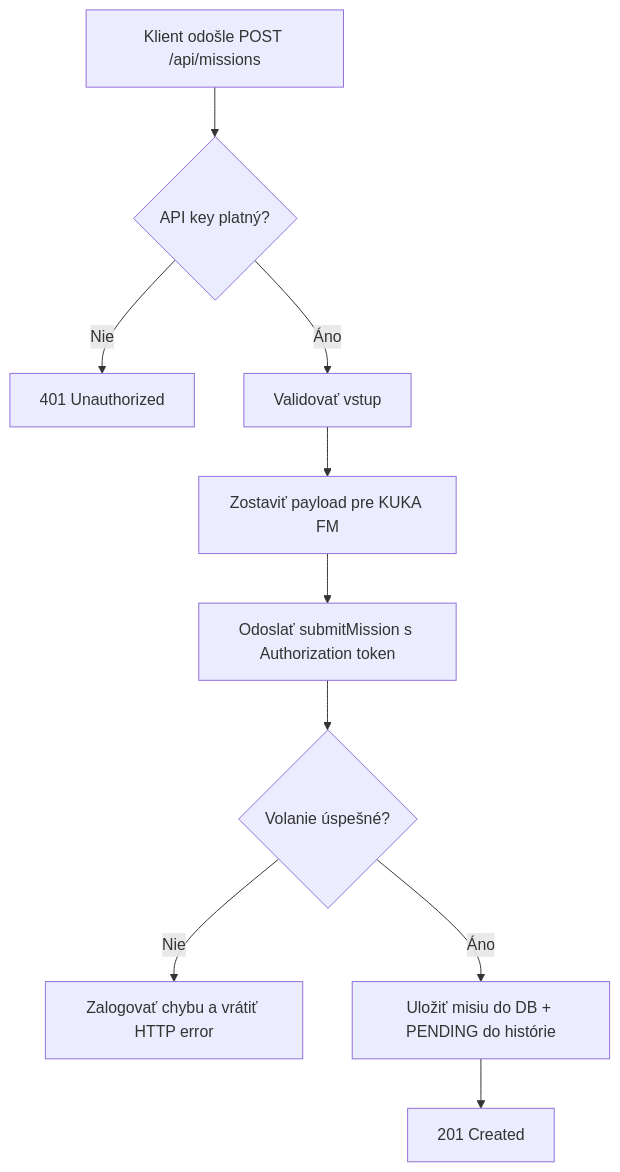
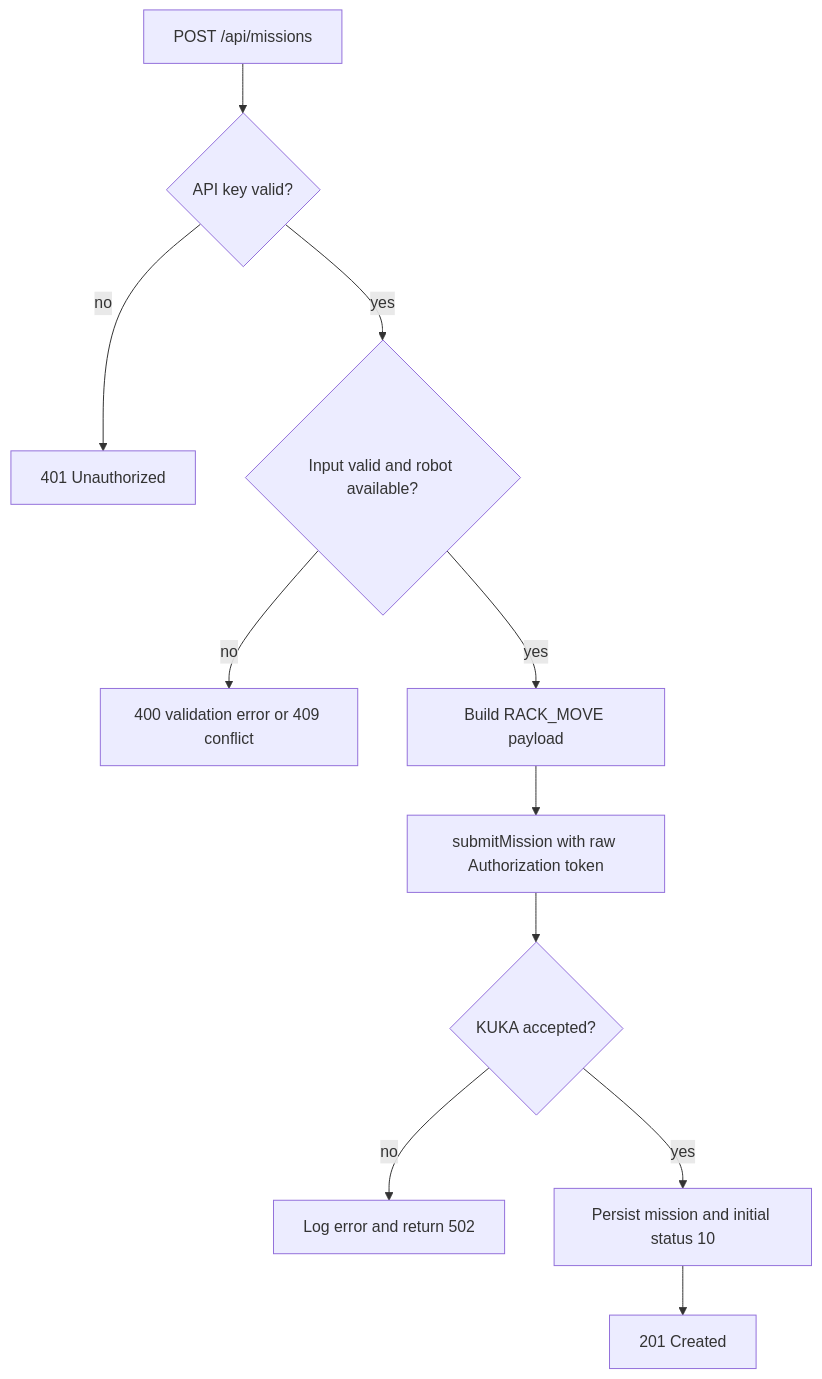
One commit to Alexmir888/ITS_2026 changed the first of 3 diagrams in docs/architecture.md. Above: the diagram before and after it, drawn with Mermaid. The commit also changed other lines of this file and 33 other files, not shown here.

````diff
--- a/docs/architecture.md
+++ b/docs/architecture.md
@@ -68,12 +43,13 @@
 ```mermaid
 flowchart TD
-    A[Klient odošle POST /api/missions] --> B{API key platný?}
-    B -- Nie --> C[401 Unauthorized]
-    B -- Áno --> D[Validovať vstup]
-    D --> E[Zostaviť payload pre KUKA FM]
-    E --> F[Odoslať submitMission s Authorization token]
-    F --> G{Volanie úspešné?}
-    G -- Nie --> H[Zalogovať chybu a vrátiť HTTP error]
-    G -- Áno --> I[Uložiť misiu do DB + PENDING do histórie]
-    I --> J[201 Created]
+    A[POST /api/missions] --> B{API key valid?}
+    B -- no --> C[401 Unauthorized]
+    B -- yes --> D{Input valid and robot available?}
+    D -- no --> E[400 validation error or 409 conflict]
+    D -- yes --> F[Build RACK_MOVE payload]
+    F --> G[submitMission with raw Authorization token]
+    G --> H{KUKA accepted?}
+    H -- no --> I[Log error and return 502]
+    H -- yes --> J[Persist mission and initial status 10]
+    J --> K[201 Created]
 ```
````
